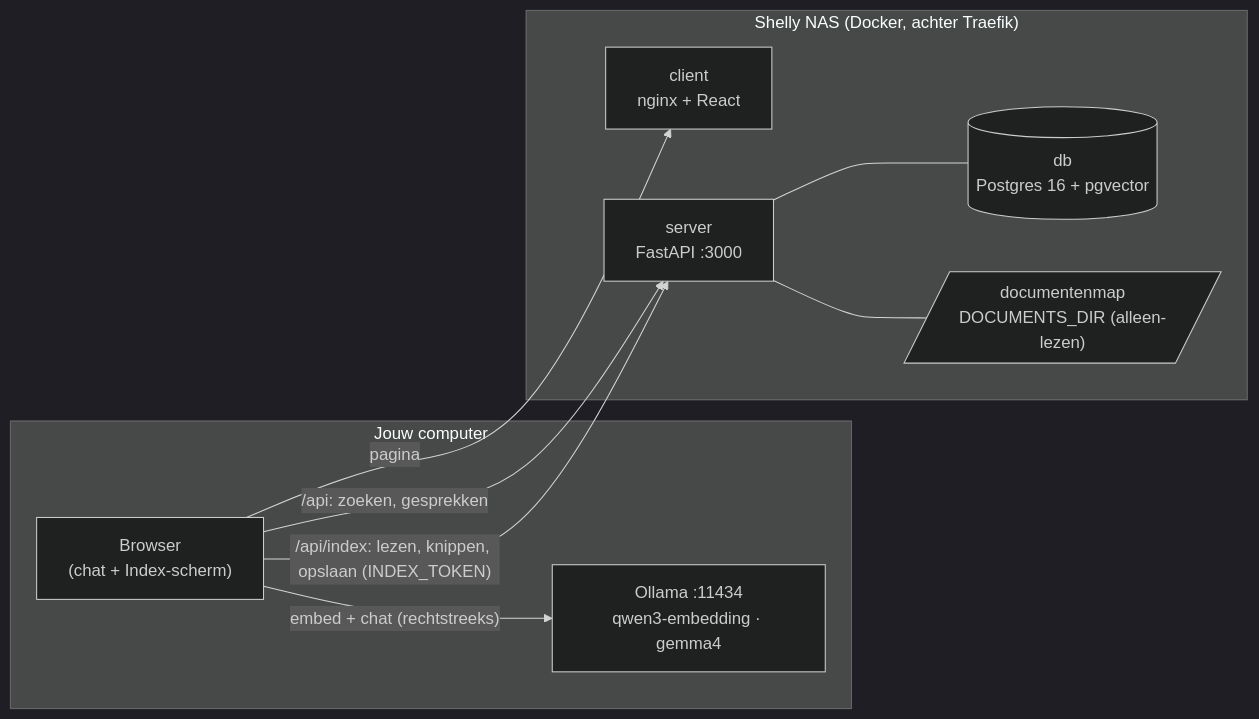
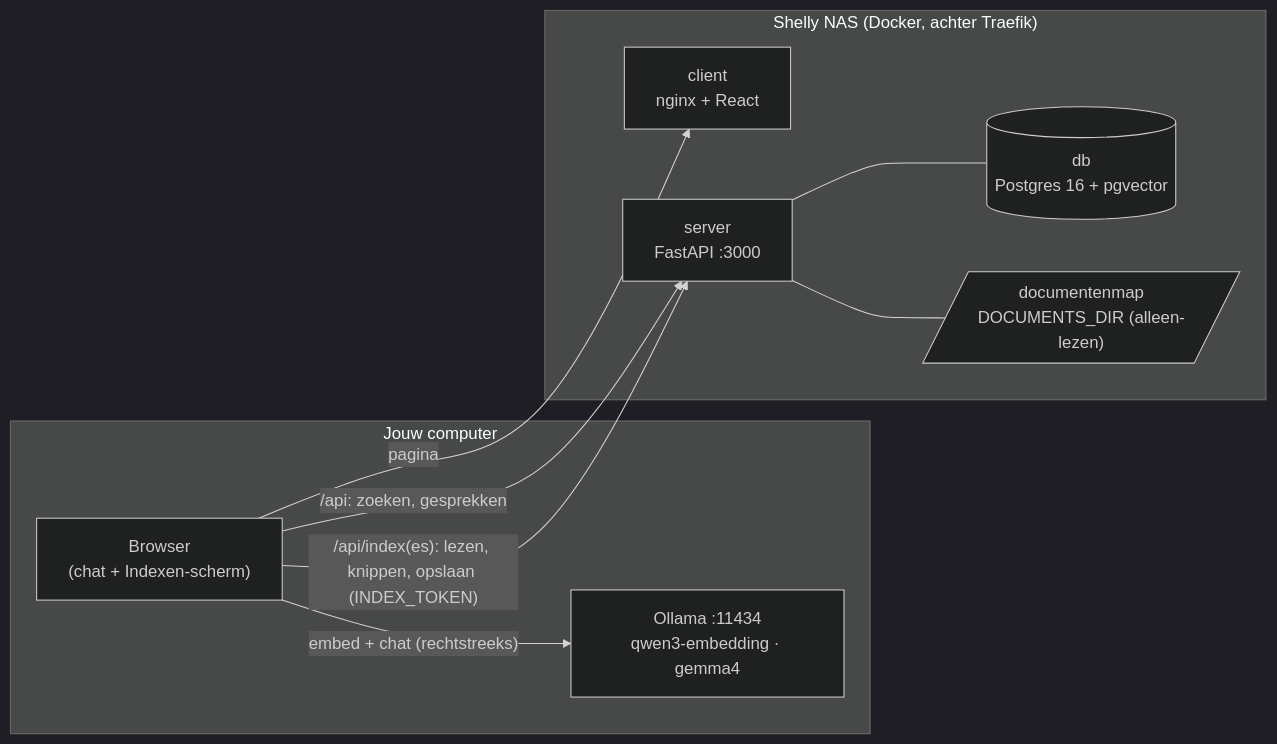
One commit to shelly-nas/shelly-chat changed the diagram in README.md. Above: the diagram before and after it, drawn with Mermaid (dark theme). The commit also changed other lines of this file and 39 other files, not shown here.

````diff
--- a/README.md
+++ b/README.md
@@ -14,20 +14,20 @@
 ```mermaid
 flowchart LR
     subgraph PC["Jouw computer"]
-        B["Browser<br/>(chat + Index-scherm)"]
+        B["Browser<br/>(chat + Indexen-scherm)"]
         O["Ollama :11434<br/>qwen3-embedding · gemma4"]
     end
     subgraph NAS["Shelly NAS (Docker, achter Traefik)"]
         C["client<br/>nginx + React"]
         S["server<br/>FastAPI :3000"]
         D[("db<br/>Postgres 16 + pgvector")]
         F[/"documentenmap<br/>DOCUMENTS_DIR (alleen-lezen)"/]
     end
 
     B -- "pagina" --> C
     B -- "/api: zoeken, gesprekken" --> S
     B -- "embed + chat (rechtstreeks)" --> O
-    B -- "/api/index: lezen, knippen, opslaan (INDEX_TOKEN)" --> S
+    B -- "/api/index(es): lezen, knippen, opslaan (INDEX_TOKEN)" --> S
     S --- D
     S --- F
 ```
````
